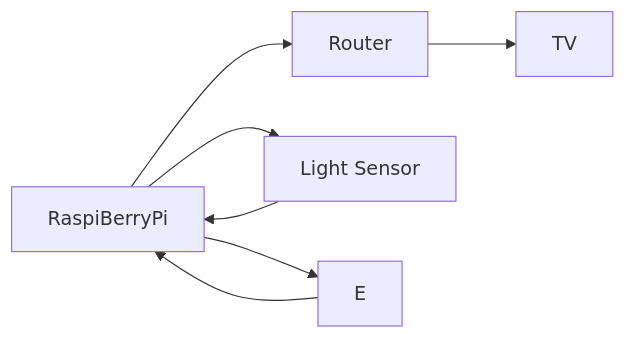
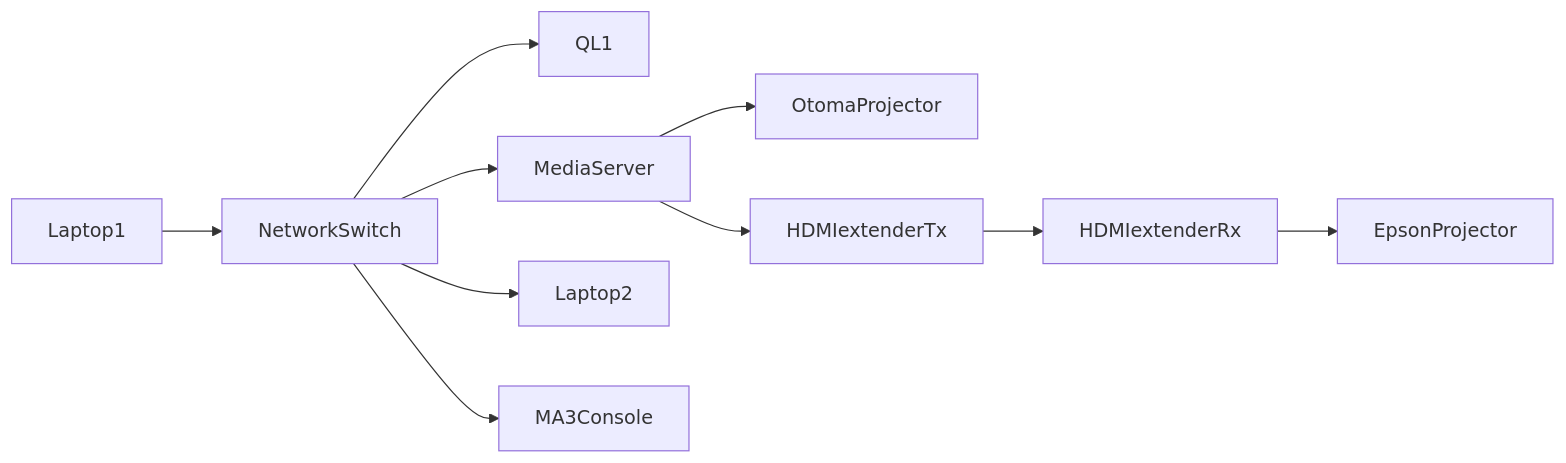
The second of 2 diagrams in README.md (NgYiShan/EGL315Exercise), drawn with Mermaid before and after one commit.

Commit message:
Added Faroq's Sys diagram

````diff
--- a/README.md
+++ b/README.md
@@ -42,11 +42,13 @@
 ```mermaid
 graph LR 
 
-A[RaspiBerryPi] --> B[Router]
-B --> C[TV]
-D[Light Sensor] --> A
-A --> D
-E --> A
-A --> E
-
+Laptop1 --> A[NetworkSwitch]
+A --> QL1
+A --> B[MediaServer]
+B --> OtomaProjector
+B --> C[HDMIextenderTx]
+C --> D[HDMIextenderRx]
+D --> EpsonProjector
+A --> Laptop2
+A --> MA3Console
 ```
````
